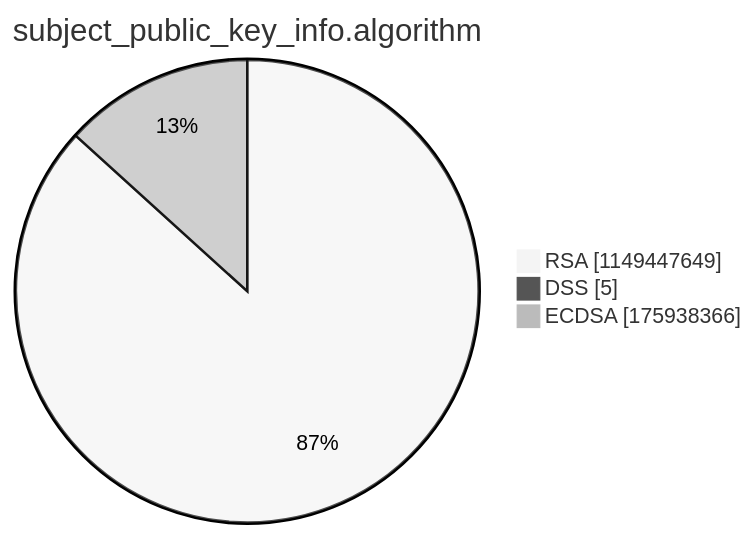
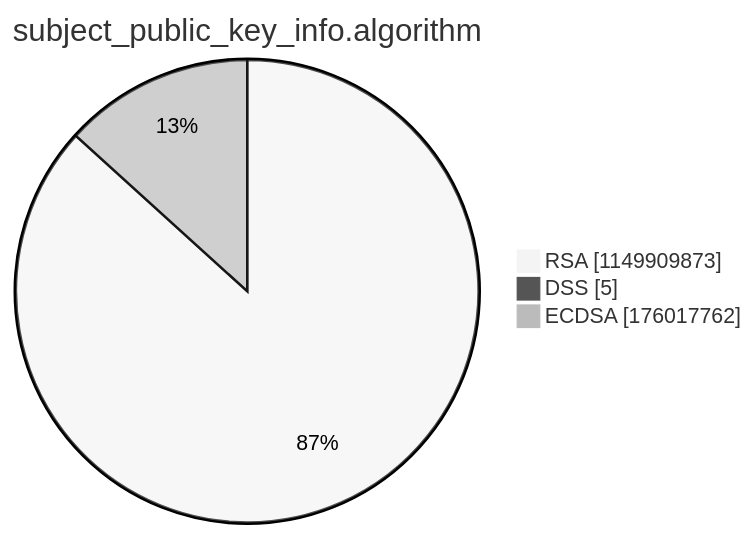
One commit to christiankrug/ctmonitor_visualization changed the third of 15 diagrams in argon2022/README.md. Above: the diagram before and after it, drawn with Mermaid (neutral theme). The commit also changed other lines of this file, not shown here.

````diff
--- a/argon2022/README.md
+++ b/argon2022/README.md
@@ -14,7 +14,7 @@
 ```mermaid
 pie showData
 title subject_public_key_info.algorithm
-"RSA" :1149447649
+"RSA" :1149909873
 "DSS" :5
-"ECDSA" :175938366
+"ECDSA" :176017762
 ```
````
